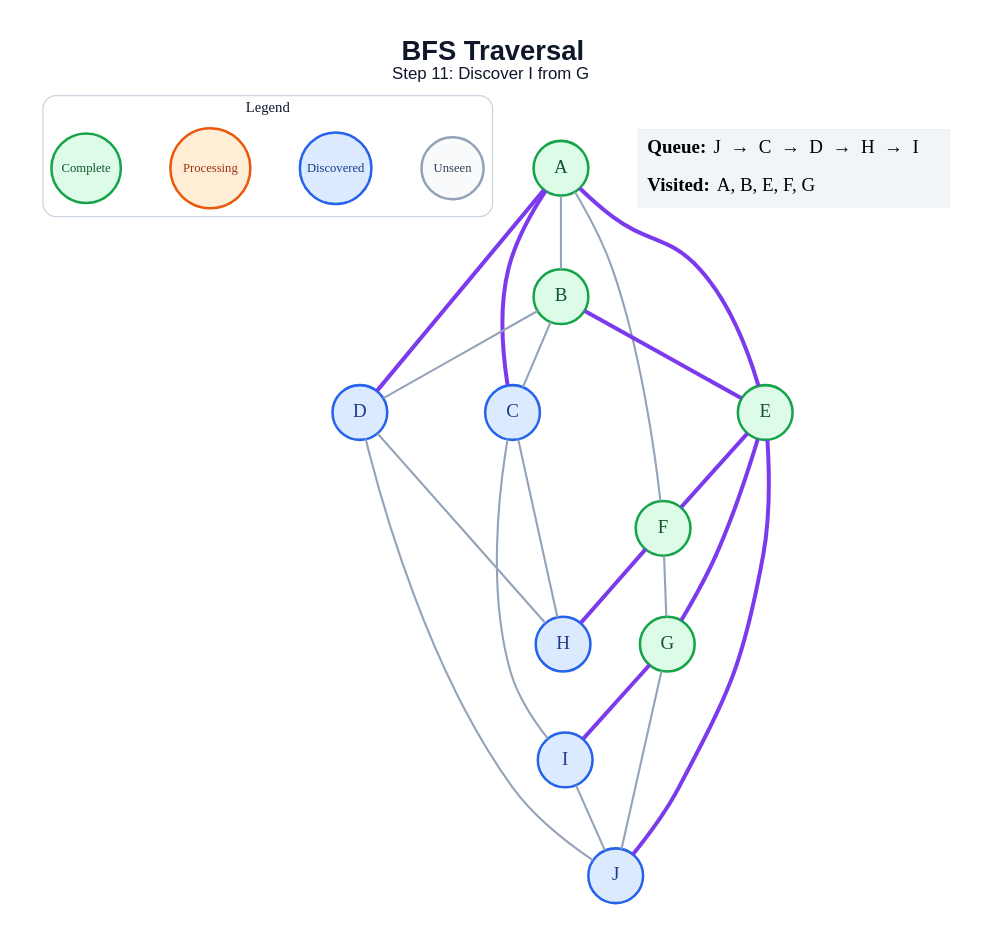
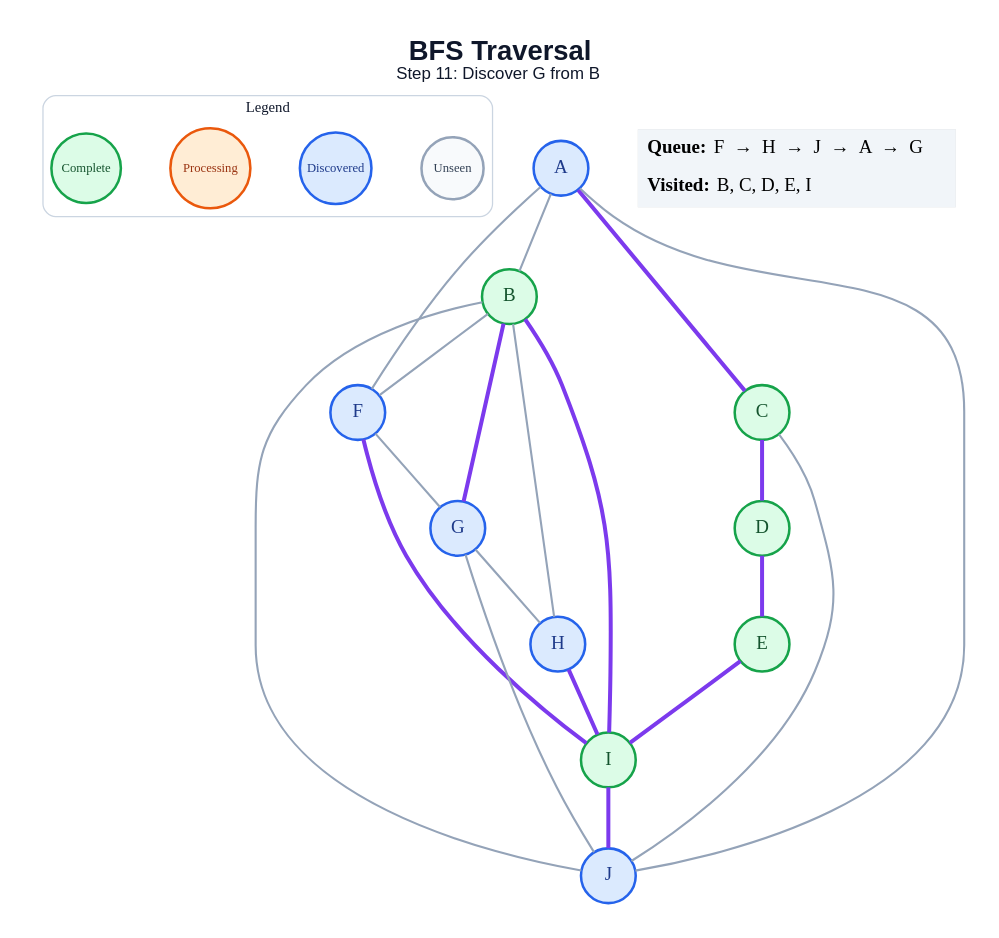
Before and after one commit to amanghodawala9/ai-slop: the diagram in generated/specific-node/bfs/step_11.dot, drawn with Graphviz. The commit also changed 178 other files, not shown here.

```diff
--- a/generated/specific-node/bfs/step_11.dot
+++ b/generated/specific-node/bfs/step_11.dot
@@ -1,49 +1,48 @@
 graph traversal {
   graph [layout=dot, rankdir=TB, bgcolor="#FFFFFF", pad="0.35", nodesep="0.65", ranksep="0.8", fontname="Arial"];
   node [shape=circle, style="filled", fontname="Arial Bold", fontsize=18, width=0.72, fixedsize=true, penwidth=2.4];
   edge [color="#94A3B8", penwidth=2.0];
-  label=<<B>BFS Traversal</B><BR/><FONT POINT-SIZE="16">Step 11: Discover I from G</FONT>>; labelloc="t"; fontsize=26; fontname="Arial"; fontcolor="#0F172A";
+  label=<<B>BFS Traversal</B><BR/><FONT POINT-SIZE="16">Step 11: Discover G from B</FONT>>; labelloc="t"; fontsize=26; fontname="Arial"; fontcolor="#0F172A";
   subgraph cluster_legend { label="Legend"; color="#CBD5E1"; penwidth=1.2; style="rounded"; fontsize=14; fontname="Arial Bold";
     key_unseen [label="Unseen", fillcolor="#F8FAFC", color="#94A3B8", fontcolor="#334155", fontsize=12, width=0.82];
     key_frontier [label="Discovered", fillcolor="#DBEAFE", color="#2563EB", fontcolor="#1E3A8A", fontsize=12, width=0.95];
     key_current [label="Processing", fillcolor="#FFEDD5", color="#EA580C", fontcolor="#9A3412", fontsize=12, width=1.05];
     key_done [label="Complete", fillcolor="#DCFCE7", color="#16A34A", fontcolor="#14532D", fontsize=12, width=0.92];
     { rank=same; key_unseen; key_frontier; key_current; key_done; }
   }
-  A [fillcolor="#DCFCE7", color="#16A34A", fontcolor="#14532D"];
+  A [fillcolor="#DBEAFE", color="#2563EB", fontcolor="#1E3A8A"];
   B [fillcolor="#DCFCE7", color="#16A34A", fontcolor="#14532D"];
-  C [fillcolor="#DBEAFE", color="#2563EB", fontcolor="#1E3A8A"];
-  D [fillcolor="#DBEAFE", color="#2563EB", fontcolor="#1E3A8A"];
+  C [fillcolor="#DCFCE7", color="#16A34A", fontcolor="#14532D"];
+  D [fillcolor="#DCFCE7", color="#16A34A", fontcolor="#14532D"];
   E [fillcolor="#DCFCE7", color="#16A34A", fontcolor="#14532D"];
-  F [fillcolor="#DCFCE7", color="#16A34A", fontcolor="#14532D"];
-  G [fillcolor="#DCFCE7", color="#16A34A", fontcolor="#14532D"];
+  F [fillcolor="#DBEAFE", color="#2563EB", fontcolor="#1E3A8A"];
+  G [fillcolor="#DBEAFE", color="#2563EB", fontcolor="#1E3A8A"];
   H [fillcolor="#DBEAFE", color="#2563EB", fontcolor="#1E3A8A"];
-  I [fillcolor="#DBEAFE", color="#2563EB", fontcolor="#1E3A8A"];
+  I [fillcolor="#DCFCE7", color="#16A34A", fontcolor="#14532D"];
   J [fillcolor="#DBEAFE", color="#2563EB", fontcolor="#1E3A8A"];
   A -- B;
   A -- C [color="#7C3AED", penwidth=3.8];
-  A -- D [color="#7C3AED", penwidth=3.8];
-  A -- E [color="#7C3AED", penwidth=3.8];
   A -- F;
-  B -- C;
-  B -- D;
-  B -- E [color="#7C3AED", penwidth=3.8];
-  C -- H;
-  C -- I;
-  D -- H;
-  D -- J;
-  E -- F [color="#7C3AED", penwidth=3.8];
-  E -- G [color="#7C3AED", penwidth=3.8];
-  E -- J [color="#7C3AED", penwidth=3.8];
+  A -- J;
+  B -- F;
+  B -- G [color="#7C3AED", penwidth=3.8];
+  B -- H;
+  B -- I [color="#7C3AED", penwidth=3.8];
+  B -- J;
+  C -- D [color="#7C3AED", penwidth=3.8];
+  C -- J;
+  D -- E [color="#7C3AED", penwidth=3.8];
+  E -- I [color="#7C3AED", penwidth=3.8];
   F -- G;
-  F -- H [color="#7C3AED", penwidth=3.8];
-  G -- I [color="#7C3AED", penwidth=3.8];
+  F -- I [color="#7C3AED", penwidth=3.8];
+  G -- H;
   G -- J;
-  I -- J;
+  H -- I [color="#7C3AED", penwidth=3.8];
+  I -- J [color="#7C3AED", penwidth=3.8];
   status [shape=plain, fixedsize=false, width=0, height=0, margin=0, label=<
     <TABLE BORDER="0" CELLBORDER="0" CELLPADDING="7" BGCOLOR="#F1F5F9">
-      <TR><TD ALIGN="LEFT"><B>Queue:</B> J  →  C  →  D  →  H  →  I</TD></TR>
-      <TR><TD ALIGN="LEFT"><B>Visited:</B> A, B, E, F, G</TD></TR>
+      <TR><TD ALIGN="LEFT"><B>Queue:</B> F  →  H  →  J  →  A  →  G</TD></TR>
+      <TR><TD ALIGN="LEFT"><B>Visited:</B> B, C, D, E, I</TD></TR>
     </TABLE>
   >];
 }
```
